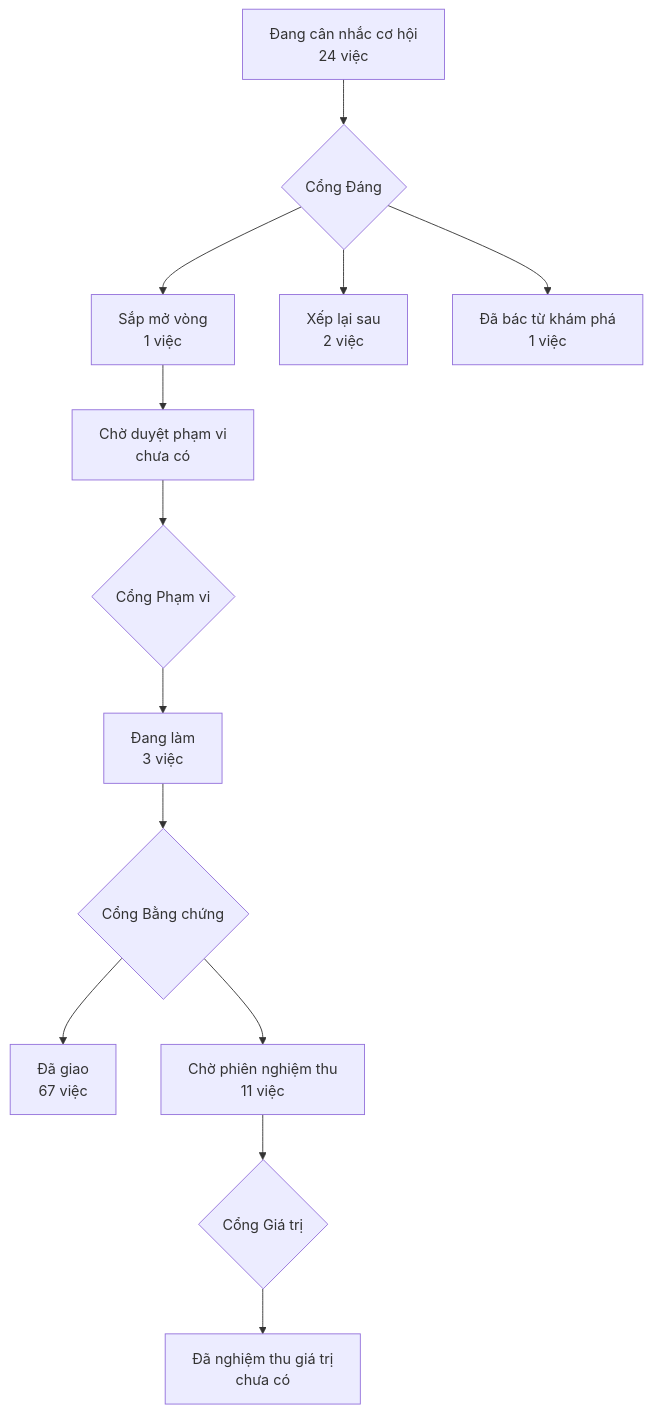
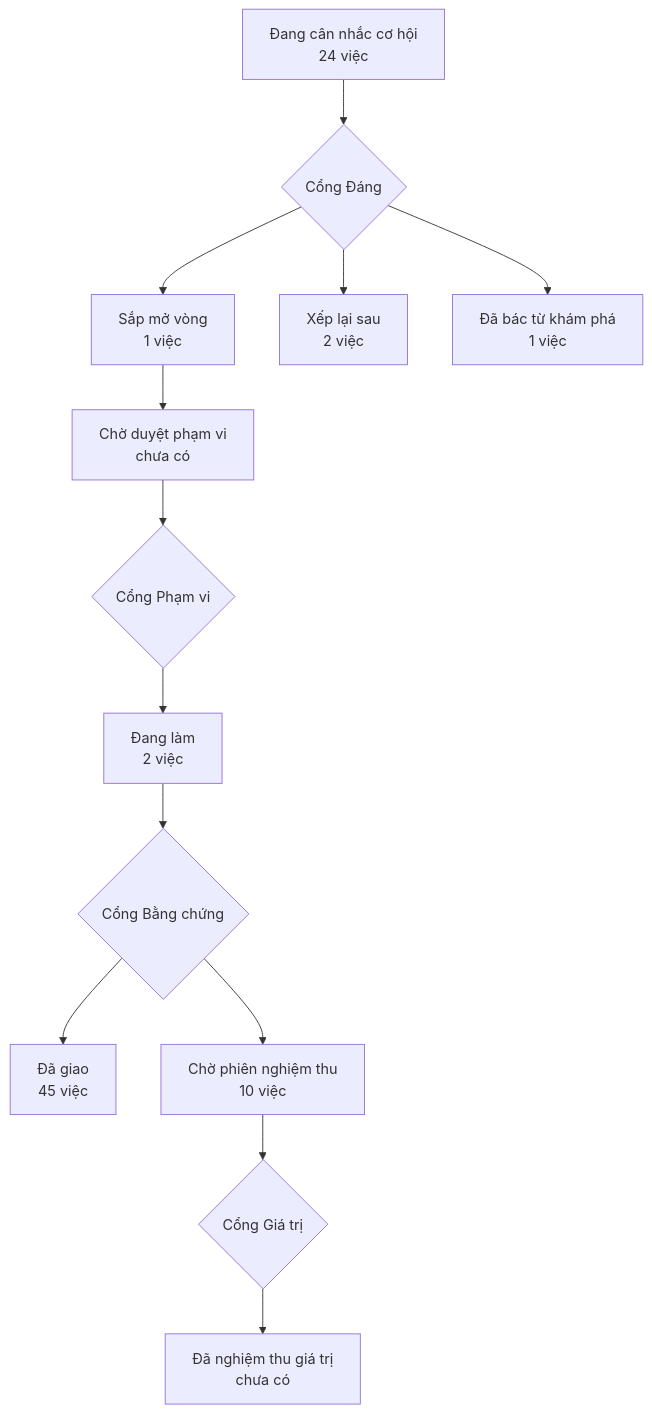
Before and after one commit to phanlemanh/acceptance-gate-kit: the diagram in PRODUCT-MAP.md, drawn with Mermaid. The commit also changed other lines of this file and 228 other files, not shown here.

````diff
--- a/PRODUCT-MAP.md
+++ b/PRODUCT-MAP.md
@@ -6,12 +6,12 @@
 ```mermaid
 flowchart TD
   A["Đang cân nhắc cơ hội<br/>24 việc"] --> GD{"Cổng Đáng"}
   GD --> B["Sắp mở vòng<br/>1 việc"]
   GD --> XL["Xếp lại sau<br/>2 việc"]
   GD --> DB["Đã bác từ khám phá<br/>1 việc"]
   B --> CD["Chờ duyệt phạm vi<br/>chưa có"] --> GP{"Cổng Phạm vi"}
-  GP --> DL["Đang làm<br/>3 việc"] --> GB{"Cổng Bằng chứng"}
-  GB --> DG["Đã giao<br/>67 việc"]
-  GB --> CN["Chờ phiên nghiệm thu<br/>11 việc"] --> GG{"Cổng Giá trị"}
+  GP --> DL["Đang làm<br/>2 việc"] --> GB{"Cổng Bằng chứng"}
+  GB --> DG["Đã giao<br/>45 việc"]
+  GB --> CN["Chờ phiên nghiệm thu<br/>10 việc"] --> GG{"Cổng Giá trị"}
   GG --> NT["Đã nghiệm thu giá trị<br/>chưa có"]
 ```
````
